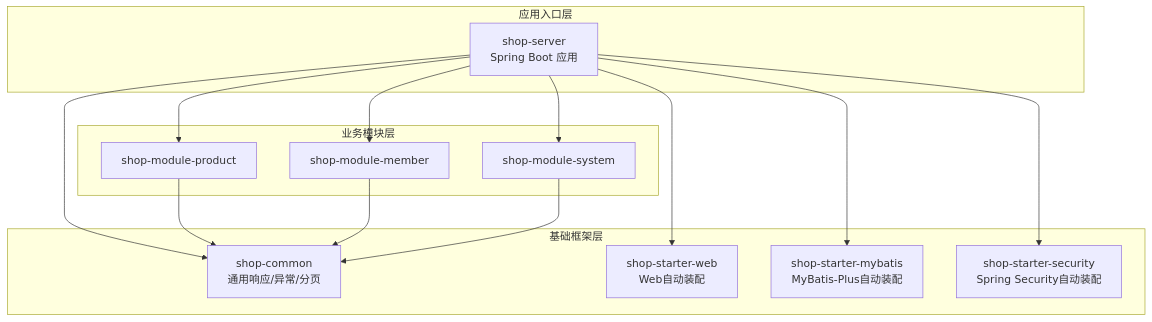
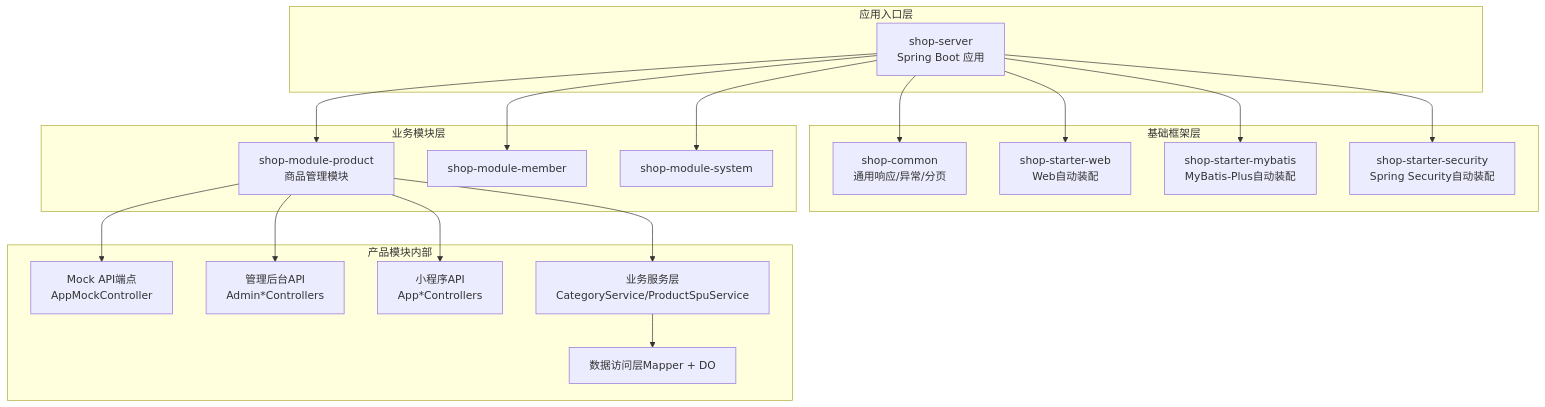
Before and after one commit to QtImM/wechatMiniprogram_Store: the second of 13 diagrams in .qoder/repowiki/zh/content/后端架构设计/后端架构设计.md, drawn with Mermaid. The commit also changed other lines of this file and 109 other files, not shown here.

````diff
--- a/.qoder/repowiki/zh/content/后端架构设计/后端架构设计.md
+++ b/.qoder/repowiki/zh/content/后端架构设计/后端架构设计.md
@@ -81,27 +107,36 @@
 ```mermaid
 graph TB
 subgraph "应用入口层"
 server["shop-server<br/>Spring Boot 应用"]
 end
 subgraph "基础框架层"
 common["shop-common<br/>通用响应/异常/分页"]
 web["shop-starter-web<br/>Web自动装配"]
 myb["shop-starter-mybatis<br/>MyBatis-Plus自动装配"]
 sec["shop-starter-security<br/>Spring Security自动装配"]
 end
 subgraph "业务模块层"
-prod["shop-module-product"]
+prod["shop-module-product<br/>商品管理模块"]
 member["shop-module-member"]
 system["shop-module-system"]
+end
+subgraph "产品模块内部"
+mock["Mock API端点<br/>AppMockController"]
+admin["管理后台API<br/>Admin*Controllers"]
+app_api["小程序API<br/>App*Controllers"]
+service["业务服务层<br/>CategoryService/ProductSpuService"]
+dal["数据访问层<br*>Mapper + DO"]
 end
 server --> common
 server --> web
 server --> myb
 server --> sec
 server --> prod
 server --> member
 server --> system
-prod --> common
-member --> common
-system --> common
+prod --> mock
+prod --> admin
+prod --> app_api
+prod --> service
+service --> dal
 ```
````
